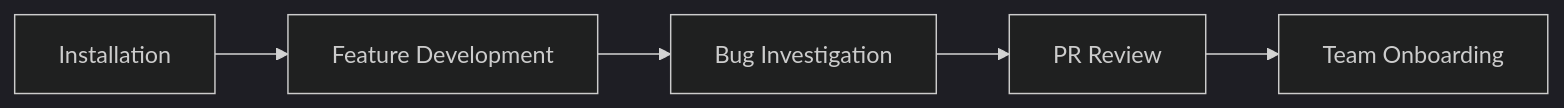
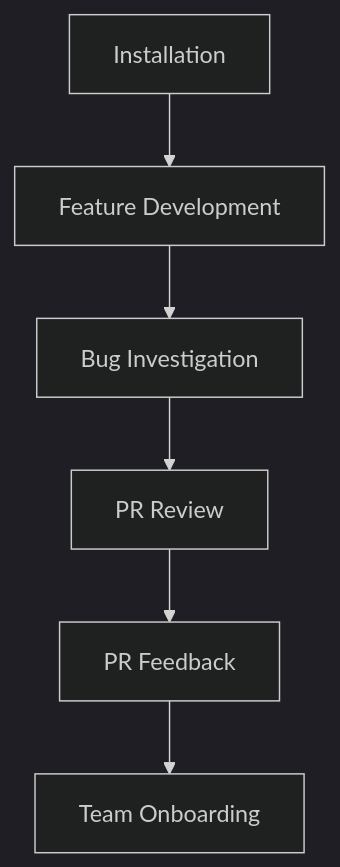
One commit to rp1-run/rp1 changed the diagram in docs/guides/index.md. Above: the diagram before and after it, drawn with Mermaid (dark theme). The commit also changed other lines of this file and 17 other files, not shown here.

````diff
--- a/docs/guides/index.md
+++ b/docs/guides/index.md
@@ -59,7 +59,8 @@
 ```mermaid
-flowchart LR
+flowchart TB
     INST[Installation] --> FD[Feature Development]
     FD --> BI[Bug Investigation]
     BI --> PR[PR Review]
-    PR --> TO[Team Onboarding]
+    PR --> FB[PR Feedback]
+    FB --> TO[Team Onboarding]
 ```
````
